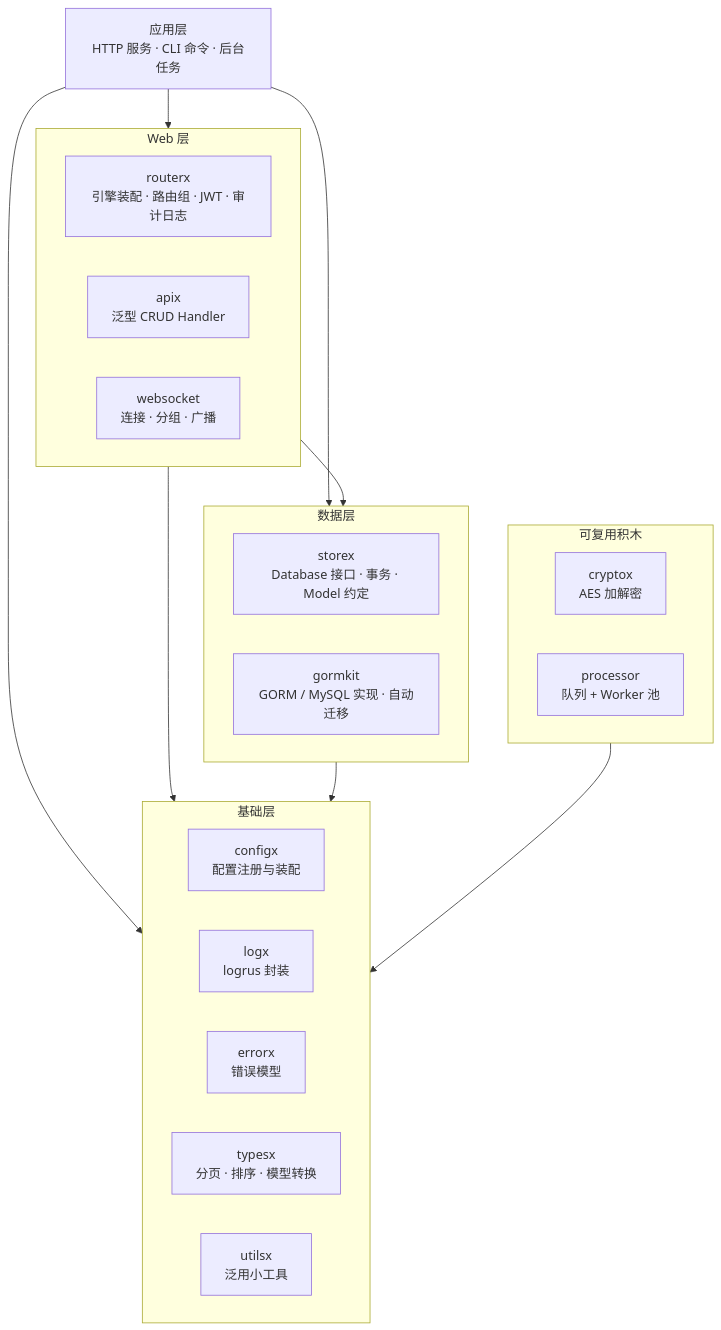
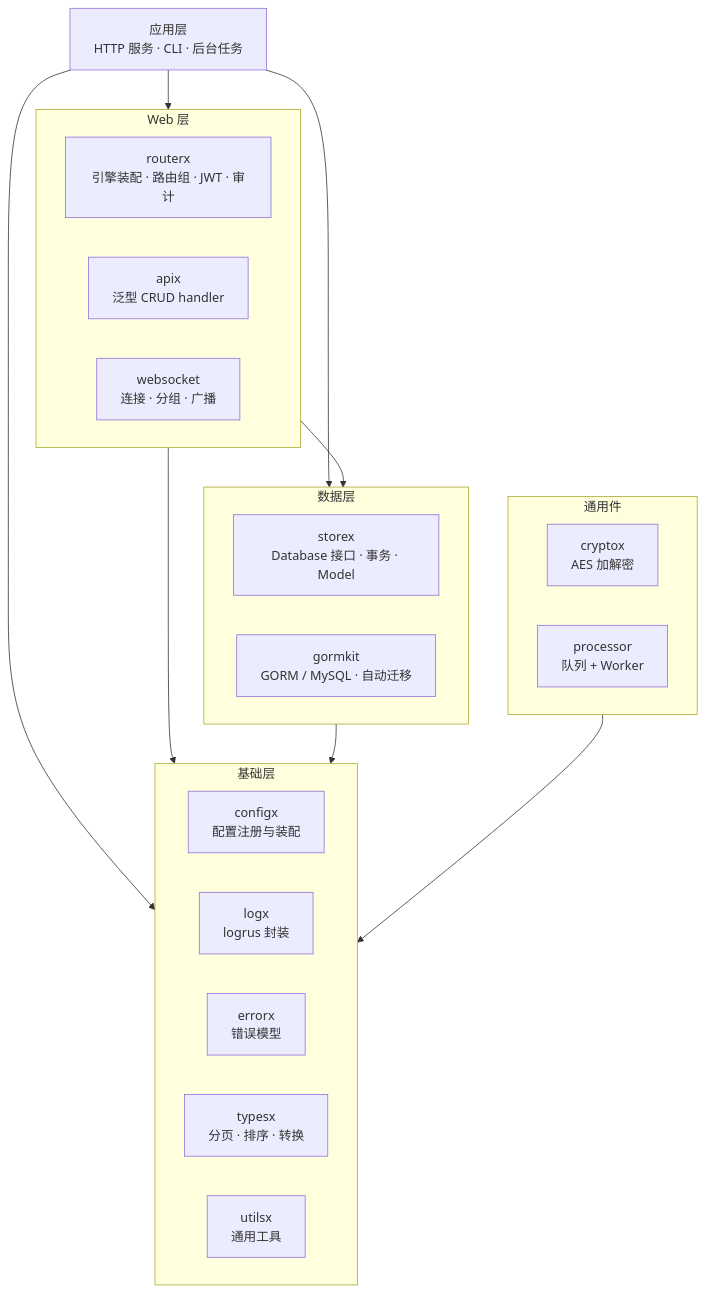
Before and after one commit to zq-xu/gotools: the diagram in README.md, drawn with Mermaid. The commit also changed other lines of this file and 11 other files, not shown here.

````diff
--- a/README.md
+++ b/README.md
@@ -22,40 +32,40 @@
 ```mermaid
 flowchart TB
-    APP["应用层<br/>HTTP 服务 · CLI 命令 · 后台任务"]
+    APP["应用层<br/>HTTP 服务 · CLI · 后台任务"]
 
     subgraph WEB["Web 层"]
         direction LR
-        routerx["routerx<br/>引擎装配 · 路由组 · JWT · 审计日志"]
-        apix["apix<br/>泛型 CRUD Handler"]
+        routerx["routerx<br/>引擎装配 · 路由组 · JWT · 审计"]
+        apix["apix<br/>泛型 CRUD handler"]
         websocket["websocket<br/>连接 · 分组 · 广播"]
     end
 
     subgraph STORE["数据层"]
         direction LR
-        storex["storex<br/>Database 接口 · 事务 · Model 约定"]
-        gormkit["gormkit<br/>GORM / MySQL 实现 · 自动迁移"]
+        storex["storex<br/>Database 接口 · 事务 · Model"]
+        gormkit["gormkit<br/>GORM / MySQL · 自动迁移"]
     end
 
     subgraph BASE["基础层"]
         direction LR
         configx["configx<br/>配置注册与装配"]
         logx["logx<br/>logrus 封装"]
         errorx["errorx<br/>错误模型"]
-        typesx["typesx<br/>分页 · 排序 · 模型转换"]
-        utilsx["utilsx<br/>泛用小工具"]
+        typesx["typesx<br/>分页 · 排序 · 转换"]
+        utilsx["utilsx<br/>通用工具"]
     end
 
-    subgraph BRICKS["可复用积木"]
+    subgraph PIECES["通用件"]
         direction LR
         cryptox["cryptox<br/>AES 加解密"]
-        processor["processor<br/>队列 + Worker 池"]
+        processor["processor<br/>队列 + Worker"]
     end
 
     APP --> WEB
     APP --> STORE
     APP --> BASE
     WEB --> STORE
     WEB --> BASE
     STORE --> BASE
-    BRICKS --> BASE
+    PIECES --> BASE
 ```
````
